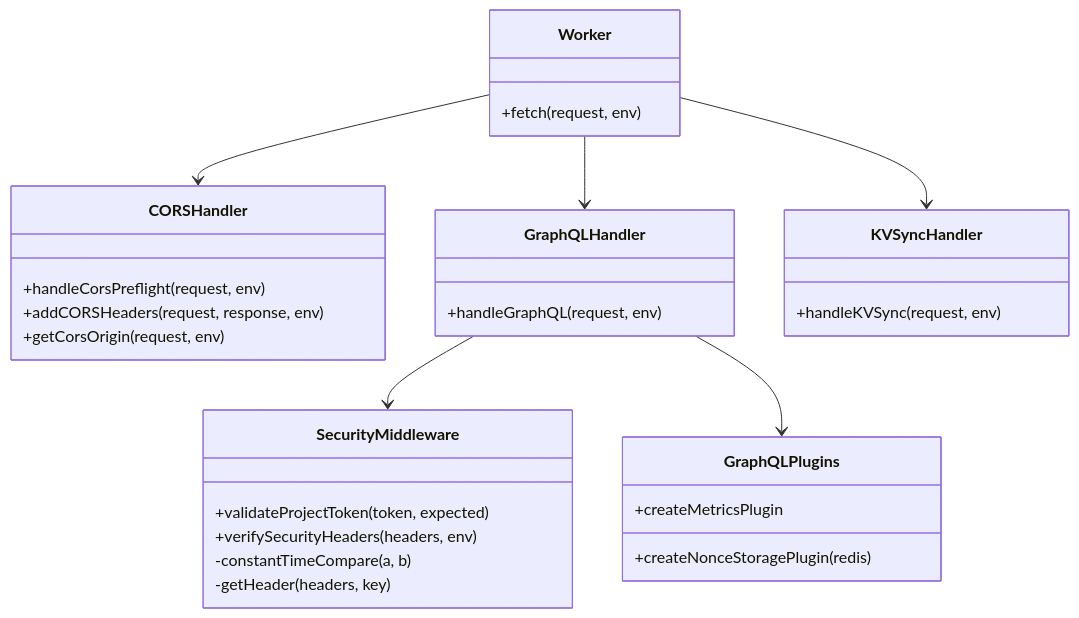
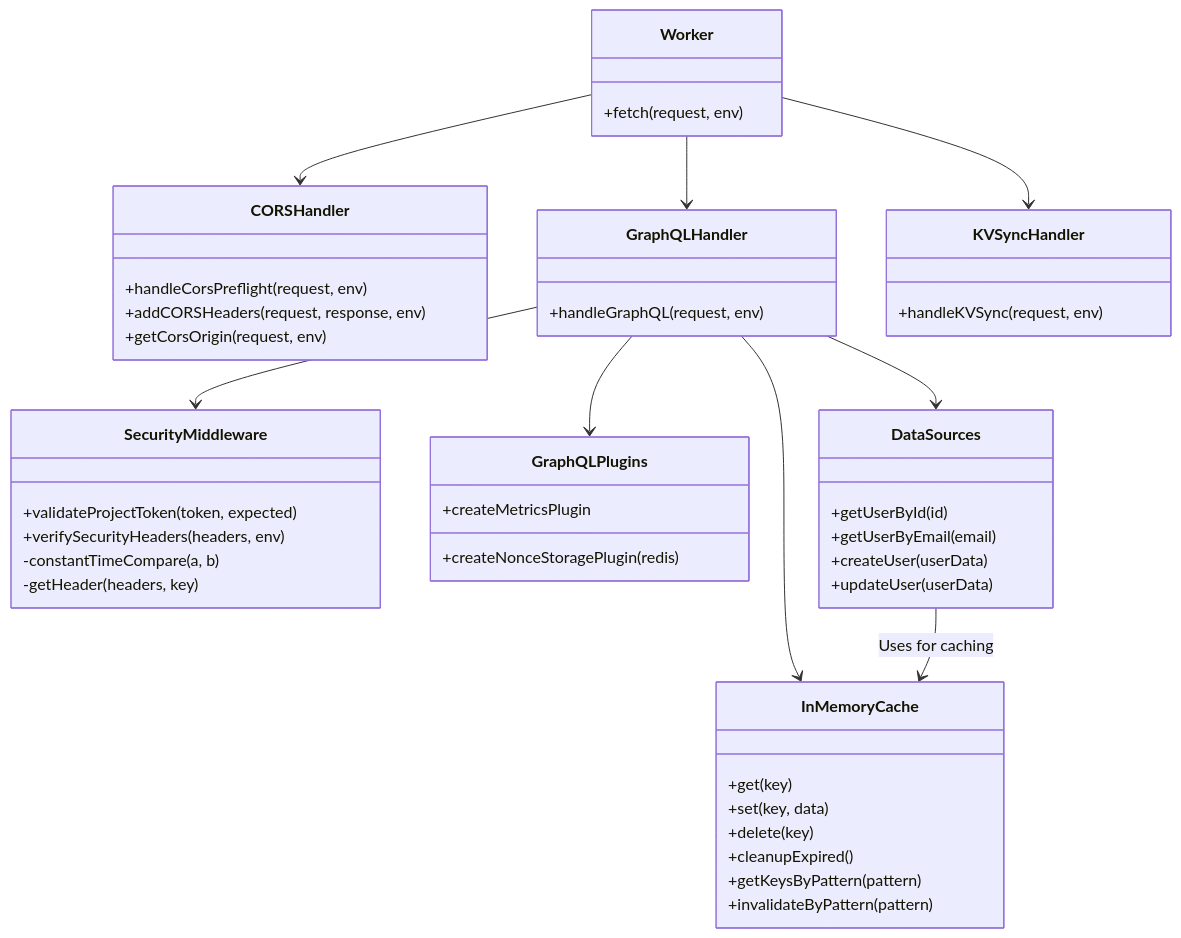
Before and after one commit to vinodhj/expense-microservices: the seventh of 15 diagrams in docs/user-services.md, drawn with Mermaid. The commit also changed other lines of this file, not shown here.

````diff
--- a/docs/user-services.md
+++ b/docs/user-services.md
@@ -336,38 +365,57 @@
 ```mermaid
 classDiagram
     class Worker {
         +fetch(request, env)
     }
 
     class CORSHandler {
         +handleCorsPreflight(request, env)
         +addCORSHeaders(request, response, env)
         +getCorsOrigin(request, env)
     }
 
     class GraphQLHandler {
         +handleGraphQL(request, env)
     }
 
     class KVSyncHandler {
         +handleKVSync(request, env)
     }
 
     class SecurityMiddleware {
         +validateProjectToken(token, expected)
         +verifySecurityHeaders(headers, env)
         -constantTimeCompare(a, b)
         -getHeader(headers, key)
     }
 
     class GraphQLPlugins {
         +createNonceStoragePlugin(redis)
         +createMetricsPlugin
     }
 
+    class InMemoryCache {
+        +get(key)
+        +set(key, data)
+        +delete(key)
+        +cleanupExpired()
+        +getKeysByPattern(pattern)
+        +invalidateByPattern(pattern)
+    }
+
+    class DataSources {
+        +getUserById(id)
+        +getUserByEmail(email)
+        +createUser(userData)
+        +updateUser(userData)
+    }
+
     Worker --> CORSHandler
     Worker --> GraphQLHandler
     Worker --> KVSyncHandler
     GraphQLHandler --> SecurityMiddleware
     GraphQLHandler --> GraphQLPlugins
+    GraphQLHandler --> InMemoryCache
+    GraphQLHandler --> DataSources
+    DataSources --> InMemoryCache: Uses for caching
 ```
````
